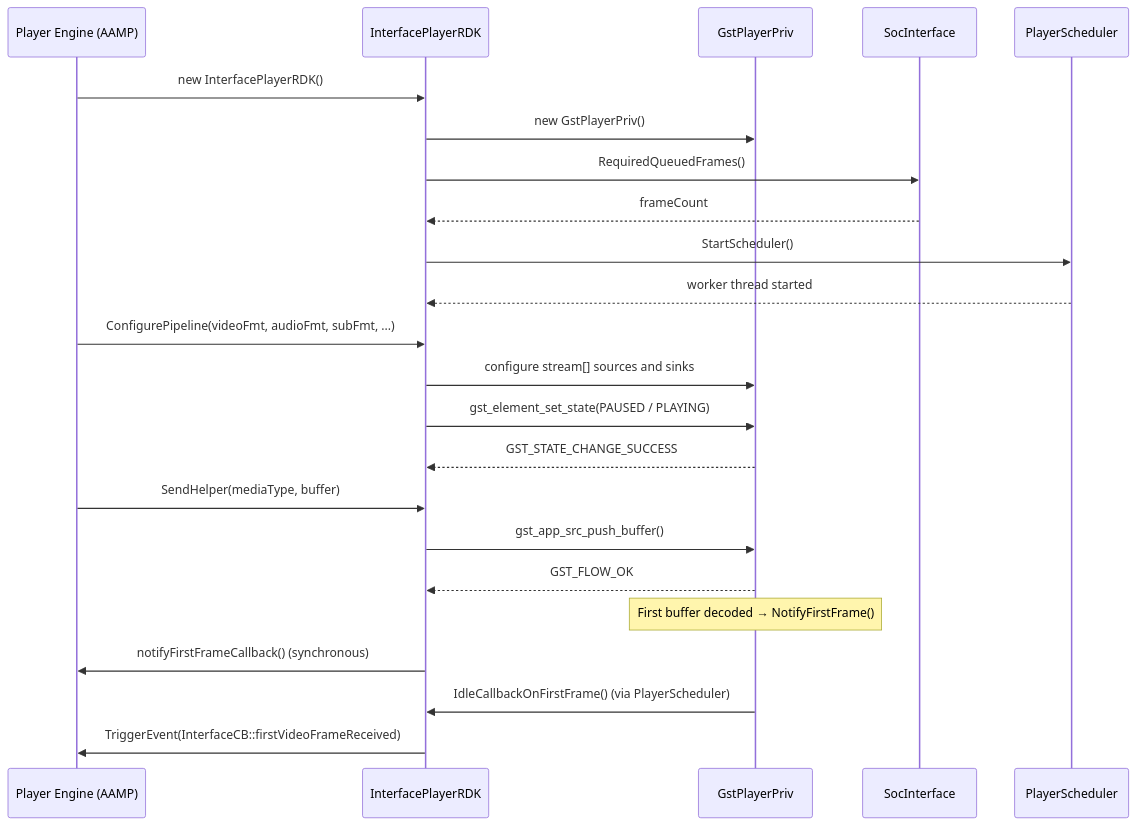
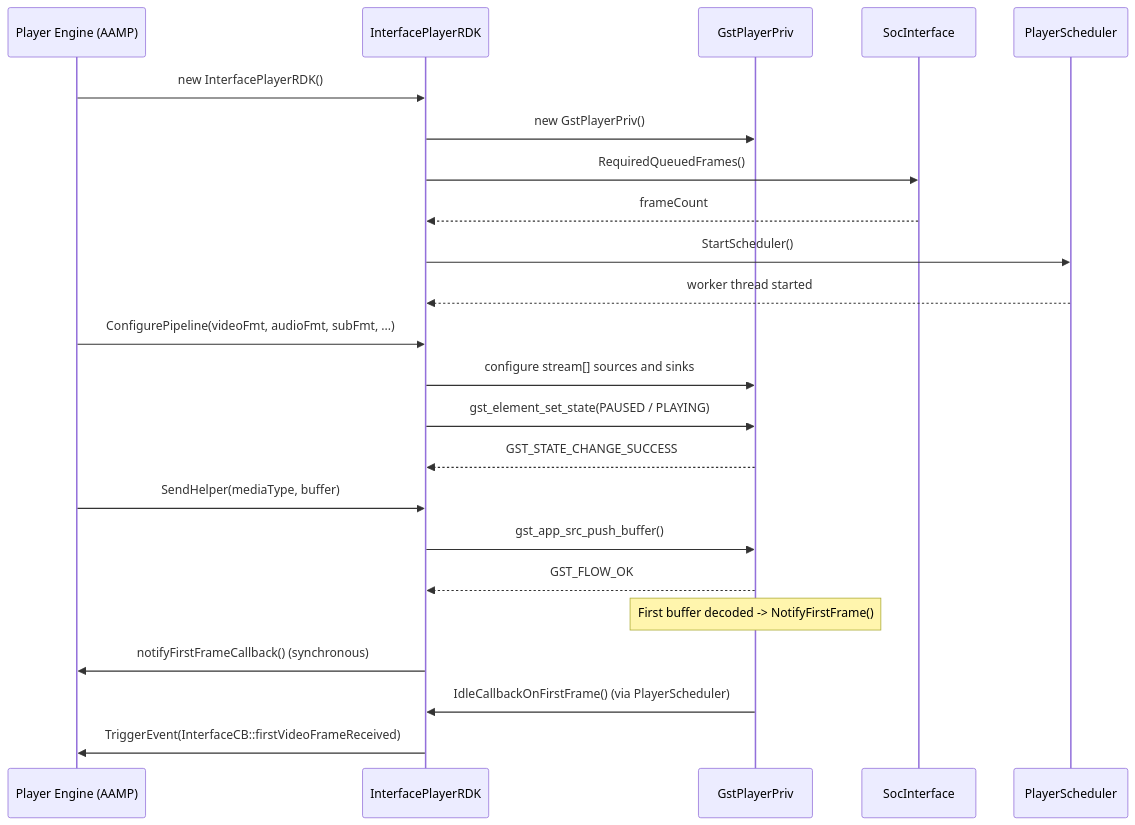
One commit to rdkcentral/middleware-player-interface changed the third of 7 diagrams in README.md. Above: the diagram before and after it, drawn with Mermaid. The commit also changed other lines of this file, not shown here.

First line of the commit message:
RDKDEV-1787: Replace non-ASCII chars in mermaid diagrams for GitHub rendering

````diff
--- a/README.md
+++ b/README.md
@@ -185,29 +185,29 @@
 ```mermaid
 sequenceDiagram
     participant Engine as Player Engine (AAMP)
     participant MPI as InterfacePlayerRDK
     participant Priv as GstPlayerPriv
     participant Soc as SocInterface
     participant Sched as PlayerScheduler
 
     Engine->>MPI: new InterfacePlayerRDK()
     MPI->>Priv: new GstPlayerPriv()
     MPI->>Soc: RequiredQueuedFrames()
     Soc-->>MPI: frameCount
     MPI->>Sched: StartScheduler()
     Sched-->>MPI: worker thread started
 
     Engine->>MPI: ConfigurePipeline(videoFmt, audioFmt, subFmt, ...)
     MPI->>Priv: configure stream[] sources and sinks
     MPI->>Priv: gst_element_set_state(PAUSED / PLAYING)
     Priv-->>MPI: GST_STATE_CHANGE_SUCCESS
 
     Engine->>MPI: SendHelper(mediaType, buffer)
     MPI->>Priv: gst_app_src_push_buffer()
     Priv-->>MPI: GST_FLOW_OK
 
-    Note over Priv: First buffer decoded → NotifyFirstFrame()
+    Note over Priv: First buffer decoded -> NotifyFirstFrame()
     MPI->>Engine: notifyFirstFrameCallback() (synchronous)
     Priv->>MPI: IdleCallbackOnFirstFrame() (via PlayerScheduler)
     MPI->>Engine: TriggerEvent(InterfaceCB::firstVideoFrameReceived)
 ```
````
